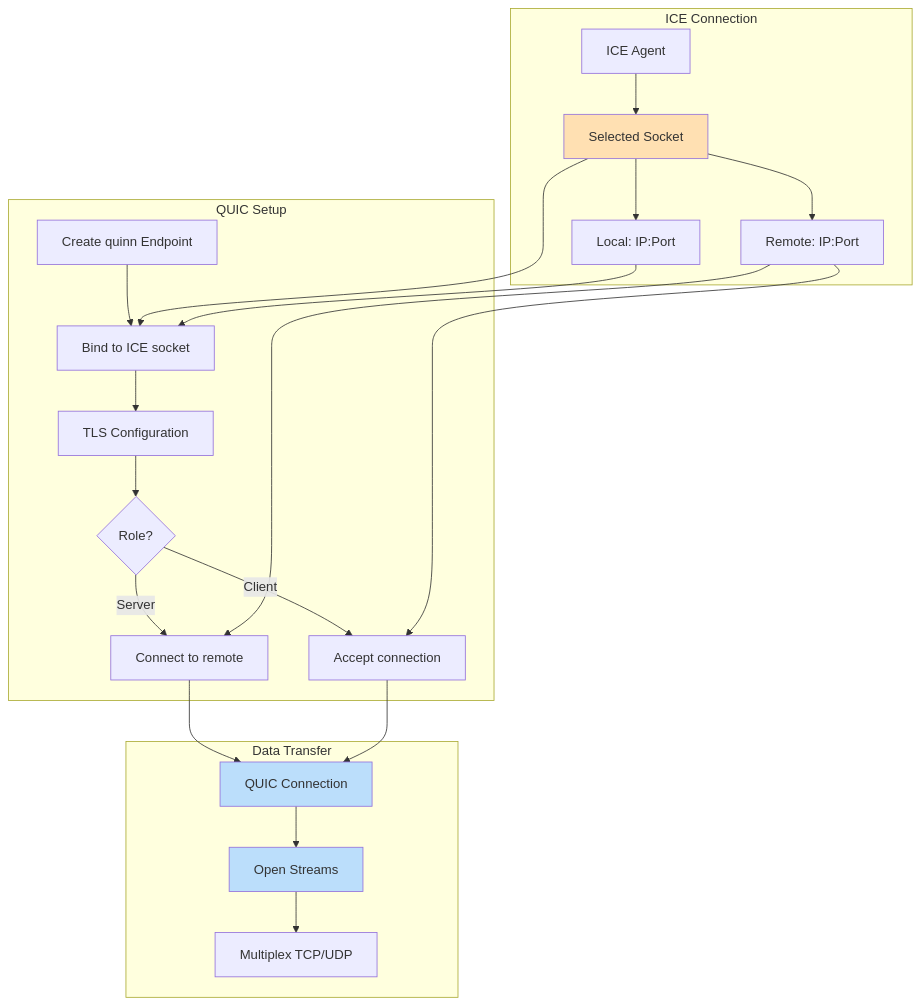
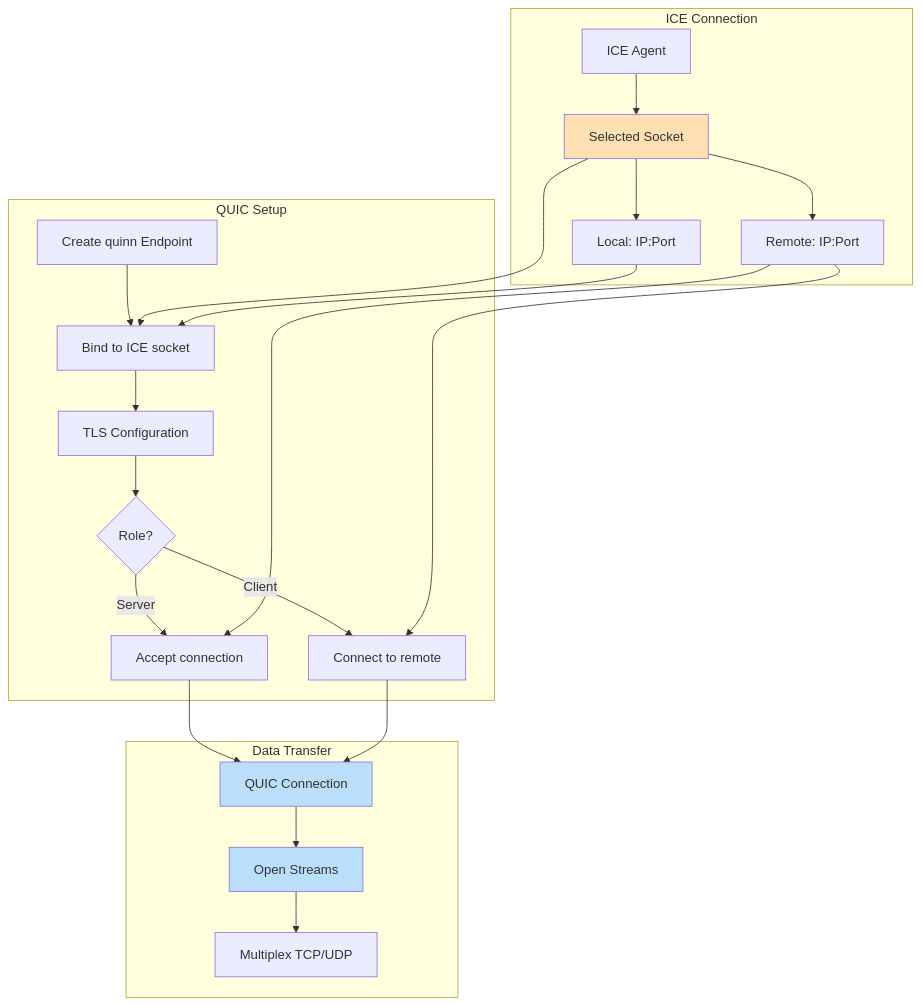
Before and after one commit to andrewtheguy/tunnel-rs: the sixth of 12 diagrams in docs/ALTERNATIVE-MODES.md, drawn with Mermaid. The commit also changed other lines of this file and 3 other files, not shown here.

````diff
--- a/docs/ALTERNATIVE-MODES.md
+++ b/docs/ALTERNATIVE-MODES.md
@@ -312,32 +312,32 @@
 ```mermaid
 graph TB
     subgraph "ICE Connection"
         A[ICE Agent] --> B[Selected Socket]
         B --> C[Local: IP:Port]
         B --> D[Remote: IP:Port]
     end
 
     subgraph "QUIC Setup"
         E[Create quinn Endpoint] --> F[Bind to ICE socket]
         F --> G[TLS Configuration]
         G --> H{Role?}
-        H -->|Server| I[Connect to remote]
-        H -->|Client| J[Accept connection]
+        H -->|Server| I[Accept connection]
+        H -->|Client| J[Connect to remote]
     end
 
     subgraph "Data Transfer"
         I --> K[QUIC Connection]
         J --> K
         K --> L[Open Streams]
         L --> M[Multiplex TCP/UDP]
     end
 
     B --> F
     C --> F
     D --> I
     D --> J
 
     style B fill:#FFE0B2
     style K fill:#BBDEFB
     style L fill:#BBDEFB
 ```
````
